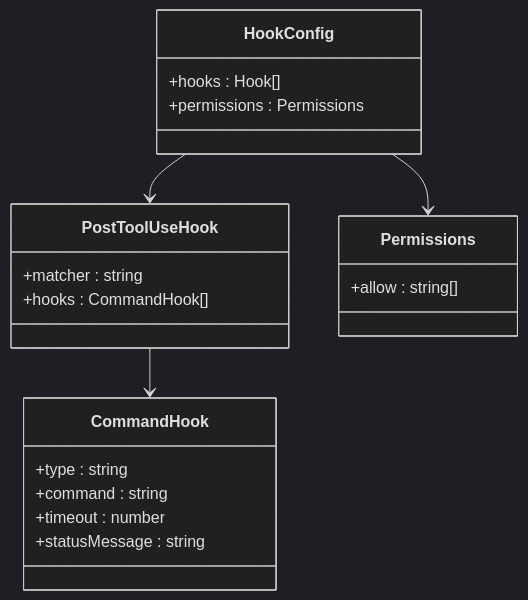
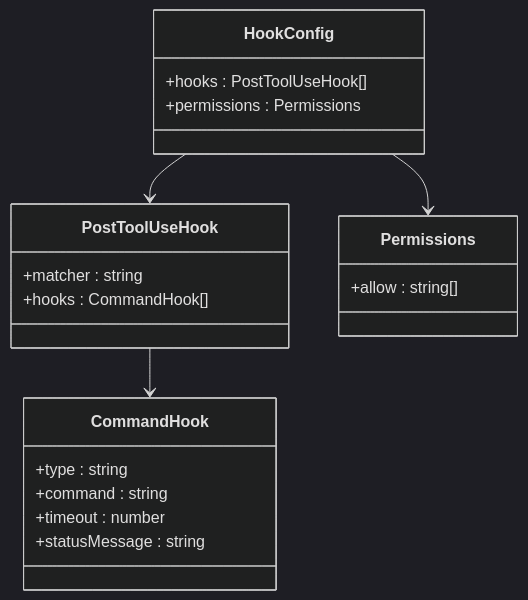
Before and after one commit to coconilu/RepoHelm: the third of 6 diagrams in .qoder/repowiki/zh/content/快速开始/Claude Code 集成指南/编辑时类型检查钩子.md, drawn with Mermaid (dark theme). The commit also changed other lines of this file and 14 other files, not shown here.

````diff
--- a/.qoder/repowiki/zh/content/快速开始/Claude Code 集成指南/编辑时类型检查钩子.md
+++ b/.qoder/repowiki/zh/content/快速开始/Claude Code 集成指南/编辑时类型检查钩子.md
@@ -147,23 +156,23 @@
 ```mermaid
 classDiagram
 class HookConfig {
-+hooks : Hook[]
++hooks : PostToolUseHook[]
 +permissions : Permissions
 }
 class PostToolUseHook {
 +matcher : string
 +hooks : CommandHook[]
 }
 class CommandHook {
 +type : string
 +command : string
 +timeout : number
 +statusMessage : string
 }
 class Permissions {
 +allow : string[]
 }
 HookConfig --> PostToolUseHook
 PostToolUseHook --> CommandHook
 HookConfig --> Permissions
 ```
````
